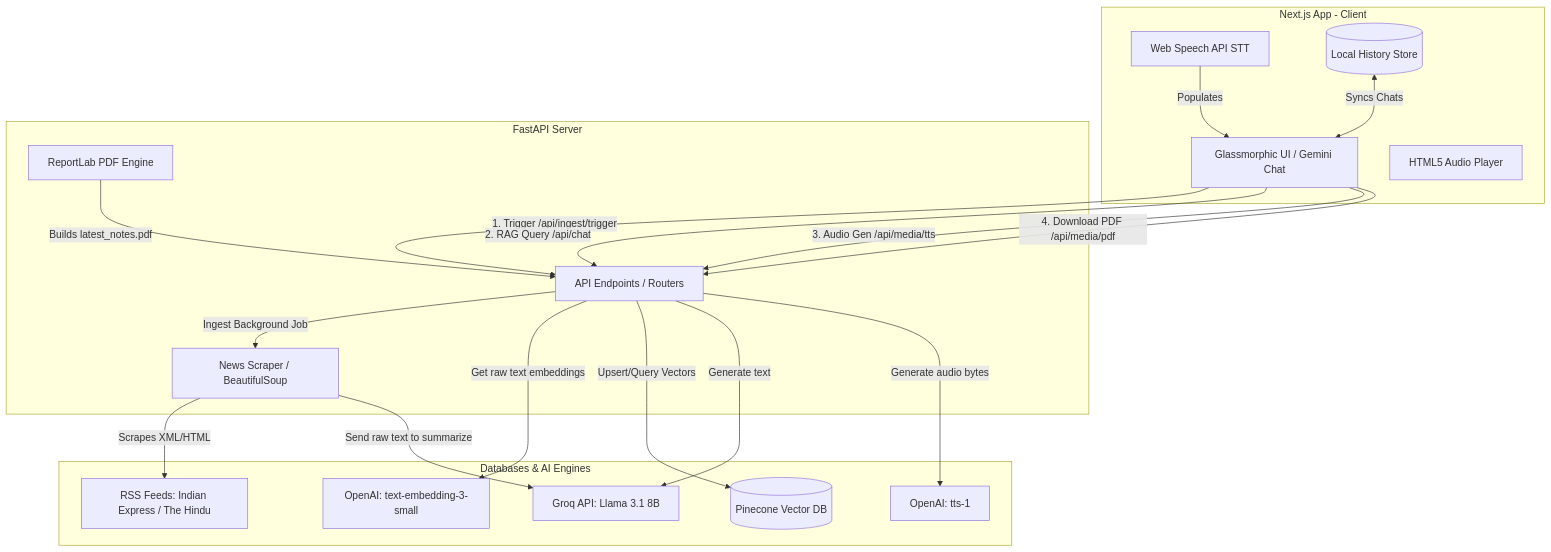
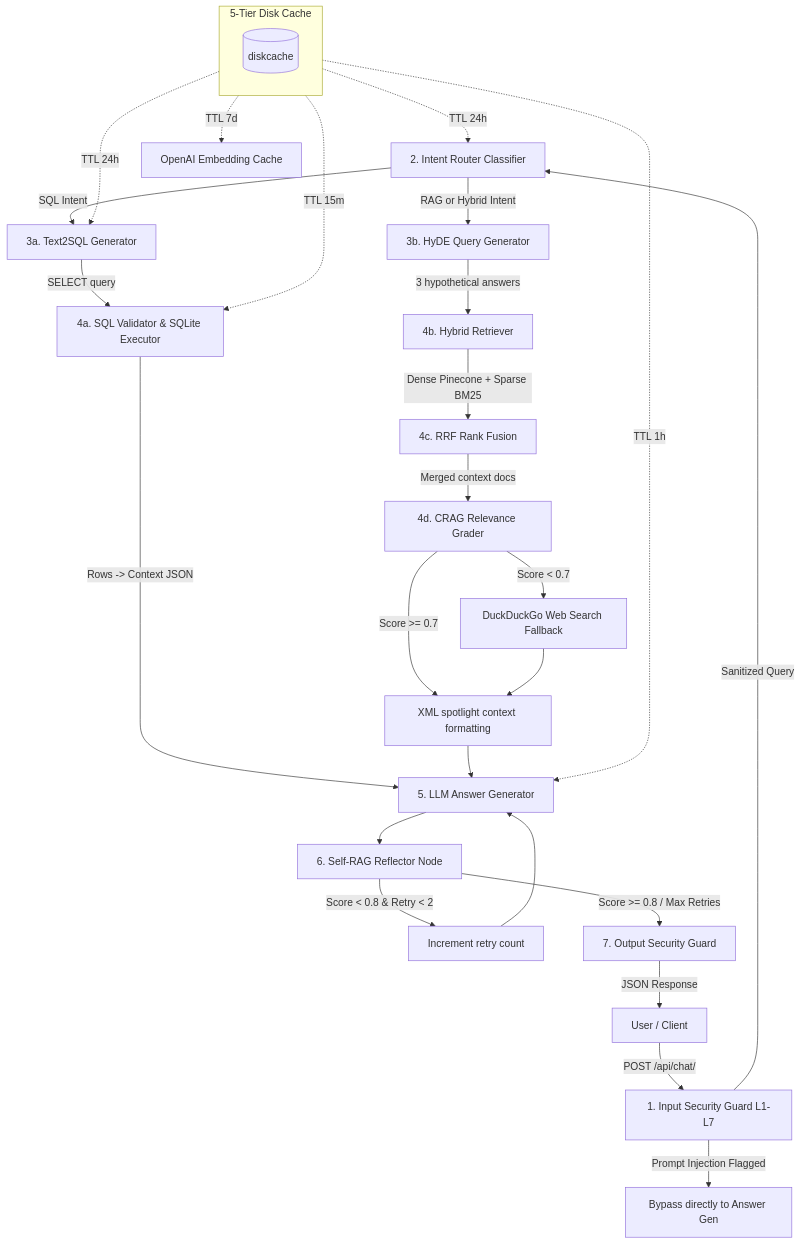
The diagram in flow.md (amittutule/ssc-current-affairs-ai), drawn with Mermaid before and after one commit. The commit also changed other lines of this file and 11 other files, not shown here.

Commit message:
Migrated to LangGraph Advanced RAG with Text2SQL, CRAG Fallback, Input Security, and 5-Tier Cache

````diff
--- a/flow.md
+++ b/flow.md
@@ -18,44 +11,44 @@
 ```mermaid
 graph TD
-    %% Frontend Subsystem
-    subgraph Frontend [Next.js App - Client]
-        UI[Glassmorphic UI / Gemini Chat]
-        SpeechRec[Web Speech API STT]
-        AudioHTML5[HTML5 Audio Player]
-        LocalStorage[(Local History Store)]
+    %% User input entry
+    User[User / Client] -->|POST /api/chat/| InputGuard[1. Input Security Guard L1-L7]
+    
+    %% Input Security Gates
+    InputGuard -->|Sanitized Query| IntentRouter[2. Intent Router Classifier]
+    
+    %% Routing Decisions
+    IntentRouter -->|SQL Intent| SQLGen[3a. Text2SQL Generator]
+    IntentRouter -->|RAG or Hybrid Intent| HyDEGen[3b. HyDE Query Generator]
+    InputGuard -->|Prompt Injection Flagged| DirectAnswer[Bypass directly to Answer Gen]
+    
+    %% SQL Pipeline
+    SQLGen -->|SELECT query| SQLExec[4a. SQL Validator & SQLite Executor]
+    SQLExec -->|Rows -> Context JSON| AnswerGen[5. LLM Answer Generator]
+    
+    %% RAG Pipeline
+    HyDEGen -->|3 hypothetical answers| HybridRetrieve[4b. Hybrid Retriever]
+    HybridRetrieve -->|Dense Pinecone + Sparse BM25| RRFFusion[4c. RRF Rank Fusion]
+    RRFFusion -->|Merged context docs| CRAGGrader[4d. CRAG Relevance Grader]
+    CRAGGrader -->|Score < 0.7| WebFallback[DuckDuckGo Web Search Fallback]
+    CRAGGrader -->|Score >= 0.7| XMLSpotlight[XML spotlight context formatting]
+    WebFallback --> XMLSpotlight
+    XMLSpotlight --> AnswerGen
+    
+    %% Self-Reflection Loop
+    AnswerGen --> SelfRAG[6. Self-RAG Reflector Node]
+    SelfRAG -->|Score < 0.8 & Retry < 2| RetryGen[Increment retry count] --> AnswerGen
+    SelfRAG -->|Score >= 0.8 / Max Retries| OutputGuard[7. Output Security Guard]
+    
+    %% Output to User
+    OutputGuard -->|JSON Response| User
+    
+    %% Cache Wrapper
+    subgraph Caching [5-Tier Disk Cache]
+        Cache[(diskcache)]
     end
-
-    %% Backend Subsystem
-    subgraph Backend [FastAPI Server]
-        API[API Endpoints / Routers]
-        Scraper[News Scraper / BeautifulSoup]
-        PDFGen[ReportLab PDF Engine]
-    end
-
-    %% External APIs & Databases
-    subgraph AI_DB_Providers [Databases & AI Engines]
-        Pinecone[(Pinecone Vector DB)]
-        Groq[Groq API: Llama 3.1 8B]
-        OpenAI_Embed[OpenAI: text-embedding-3-small]
-        OpenAI_TTS[OpenAI: tts-1]
-        RSS[RSS Feeds: Indian Express / The Hindu]
-    end
-
-    %% Interconnections
-    UI -->|1. Trigger /api/ingest/trigger| API
-    UI -->|2. RAG Query /api/chat| API
-    UI -->|3. Audio Gen /api/media/tts| API
-    UI -->|4. Download PDF /api/media/pdf| API
-    
-    SpeechRec -->|Populates| UI
-    LocalStorage <-->|Syncs Chats| UI
-
-    Scraper -->|Scrapes XML/HTML| RSS
-    API -->|Ingest Background Job| Scraper
-    Scraper -->|Send raw text to summarize| Groq
-    API -->|Get raw text embeddings| OpenAI_Embed
-    API -->|Upsert/Query Vectors| Pinecone
-    API -->|Generate text| Groq
-    API -->|Generate audio bytes| OpenAI_TTS
-    PDFGen -->|Builds latest_notes.pdf| API
+    Caching -.->|TTL 7d| OpenAI_Embed[OpenAI Embedding Cache]
+    Caching -.->|TTL 24h| IntentRouter
+    Caching -.->|TTL 24h| SQLGen
+    Caching -.->|TTL 15m| SQLExec
+    Caching -.->|TTL 1h| AnswerGen
 ```
````
